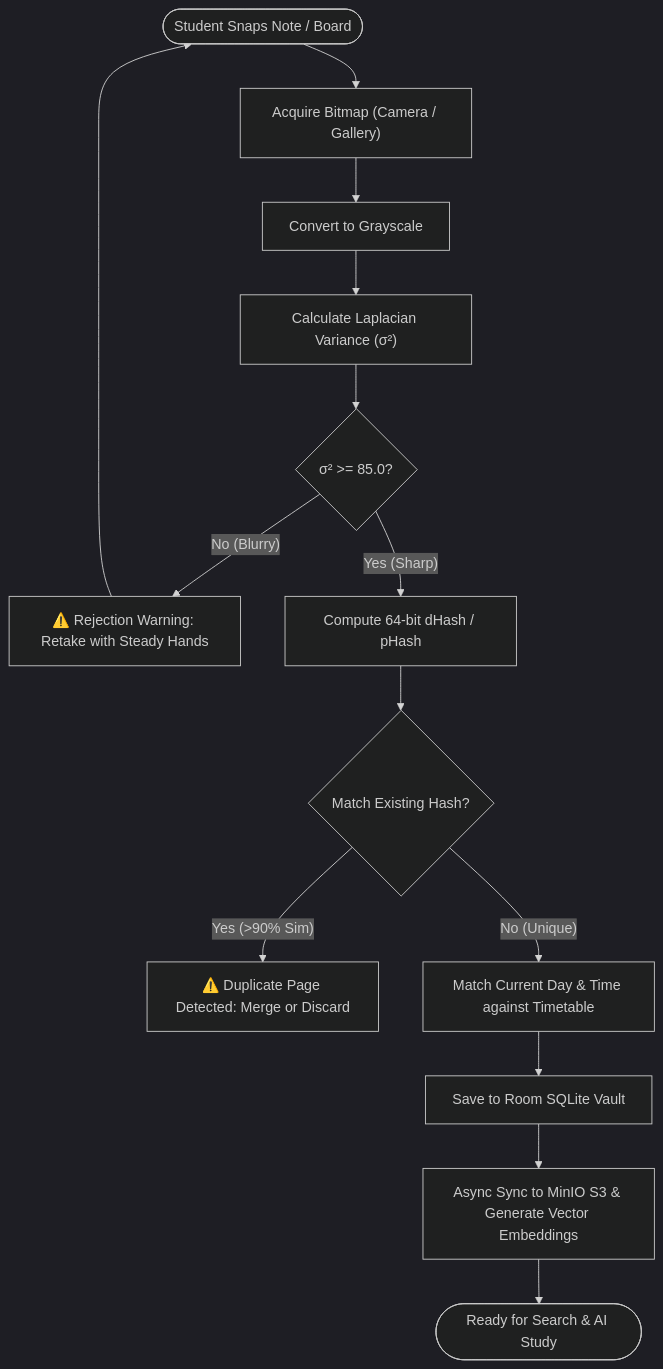
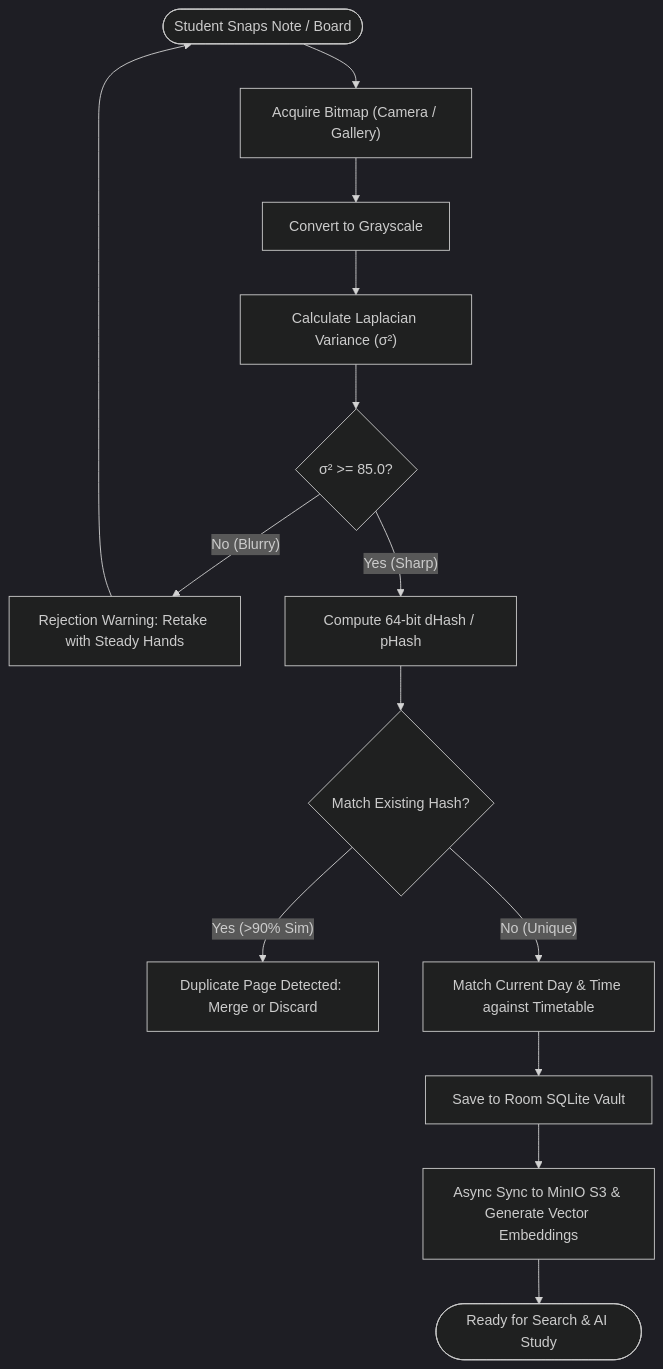
Before and after one commit to xom669/ENG-BUDDY: the second of 4 diagrams in README.md, drawn with Mermaid (dark theme). The commit also changed other lines of this file and 8 other files, not shown here.

````diff
--- a/README.md
+++ b/README.md
@@ -95,19 +95,19 @@
 ```mermaid
 flowchart TD
     Start(["Student Snaps Note / Board"]) --> Capture["Acquire Bitmap (Camera / Gallery)"]
     Capture --> Gray["Convert to Grayscale"]
     Gray --> Lap["Calculate Laplacian Variance (σ²)"]
     Lap --> CheckBlur{"σ² >= 85.0?"}
     
-    CheckBlur -- "No (Blurry)" --> AlertBlur["⚠️ Rejection Warning: Retake with Steady Hands"]
+    CheckBlur -- "No (Blurry)" --> AlertBlur["Rejection Warning: Retake with Steady Hands"]
     AlertBlur --> Start
     
     CheckBlur -- "Yes (Sharp)" --> HashGen["Compute 64-bit dHash / pHash"]
     HashGen --> CheckDup{"Match Existing Hash?"}
     
-    CheckDup -- "Yes (>90% Sim)" --> PromptDup["⚠️ Duplicate Page Detected: Merge or Discard"]
+    CheckDup -- "Yes (>90% Sim)" --> PromptDup["Duplicate Page Detected: Merge or Discard"]
     CheckDup -- "No (Unique)" --> AutoTag["Match Current Day & Time against Timetable"]
     AutoTag --> StoreLocal["Save to Room SQLite Vault"]
     StoreLocal --> Sync["Async Sync to MinIO S3 & Generate Vector Embeddings"]
     Sync --> Finish(["Ready for Search & AI Study"])
 ```
````
